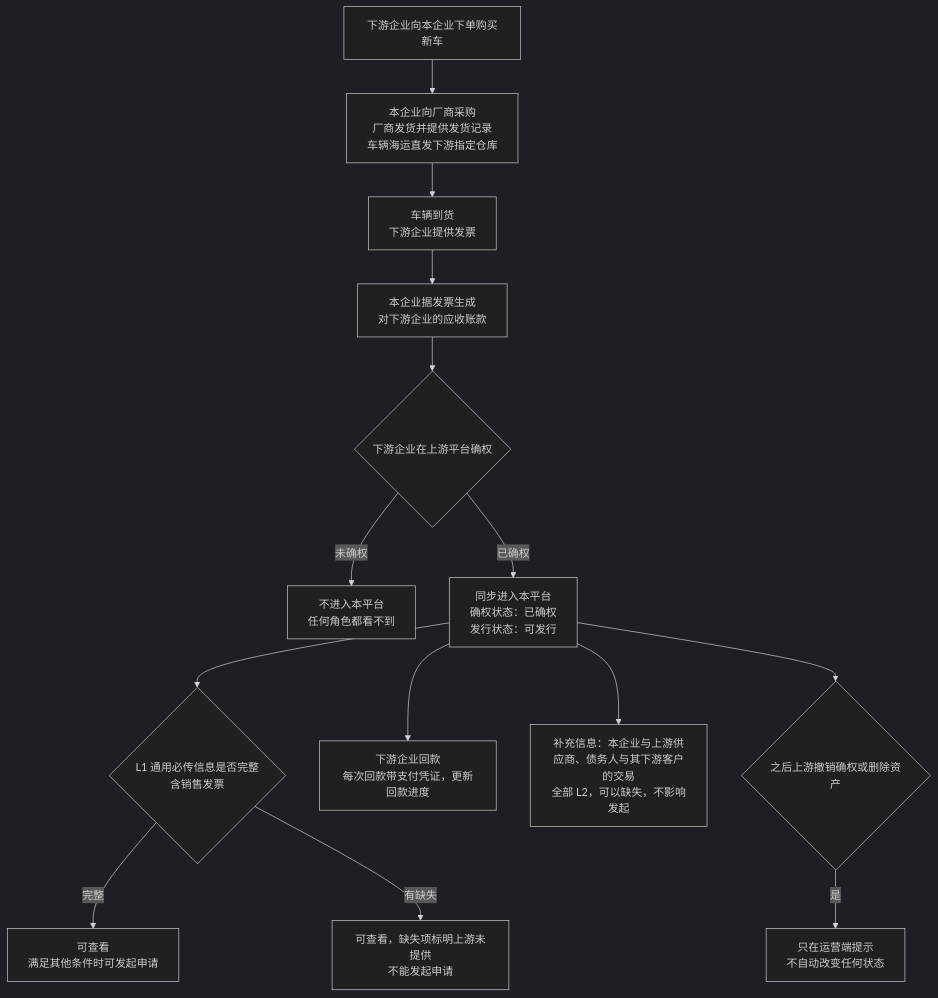
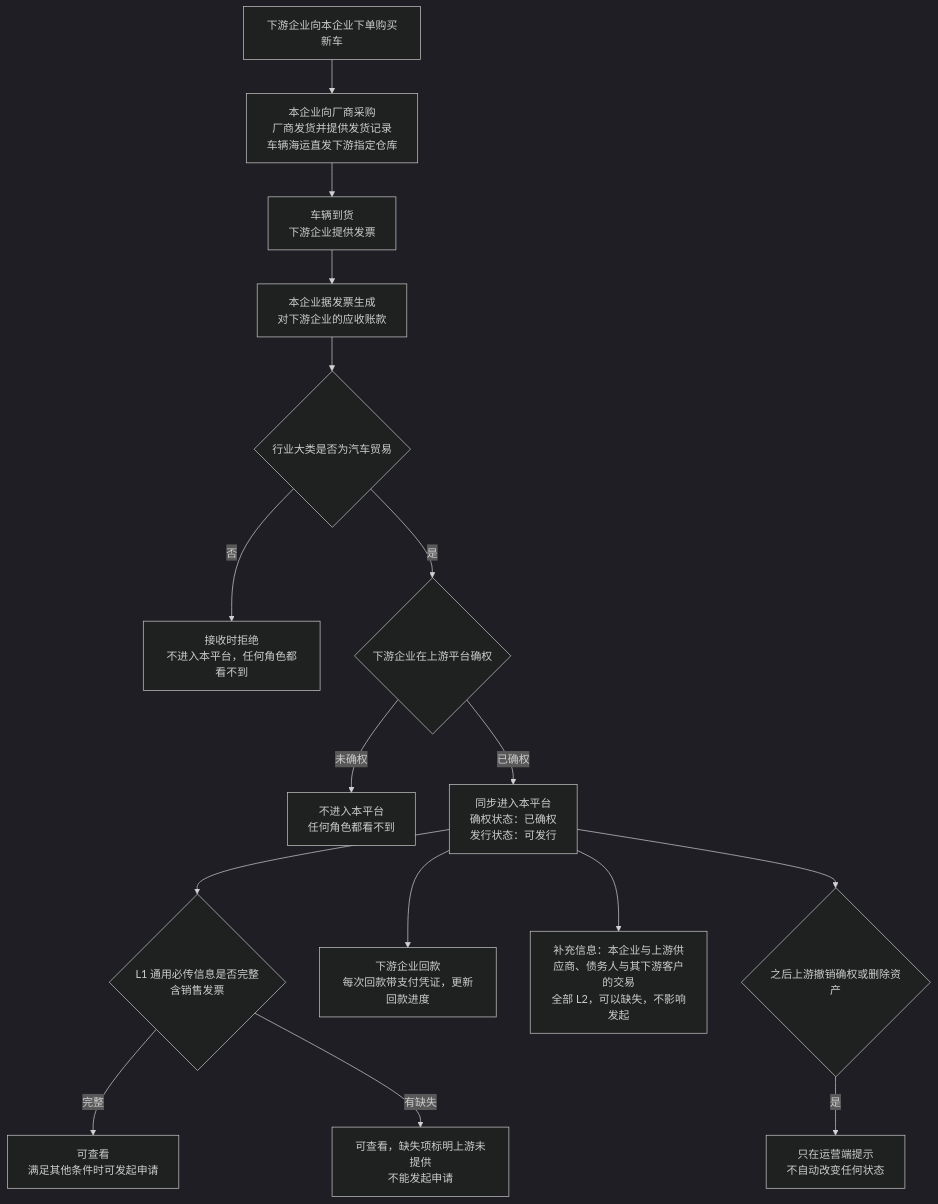
Before and after one commit to wxblockchain/Chain-Financing: the first of 6 diagrams in token-issuance-platform/PRD/两端共用/M2-可信资产/02-可信资产-流程图与状态机.md, drawn with Mermaid (dark theme). The commit also changed other lines of this file and 2 other files, not shown here.

Commit message:
prd(WS-508): tighten trusted asset boundaries

````diff
--- a/token-issuance-platform/PRD/两端共用/M2-可信资产/02-可信资产-流程图与状态机.md
+++ b/token-issuance-platform/PRD/两端共用/M2-可信资产/02-可信资产-流程图与状态机.md
@@ -18,16 +18,18 @@
 ```mermaid
 flowchart TD
     A[下游企业向本企业下单购买新车] --> B[本企业向厂商采购<br/>厂商发货并提供发货记录<br/>车辆海运直发下游指定仓库]
     B --> C[车辆到货<br/>下游企业提供发票]
     C --> D[本企业据发票生成<br/>对下游企业的应收账款]
-    D --> E{下游企业在上游平台确权}
-    E -->|未确权| F[不进入本平台<br/>任何角色都看不到]
-    E -->|已确权| G[同步进入本平台<br/>确权状态：已确权<br/>发行状态：可发行]
+    D --> E{行业大类是否为汽车贸易}
+    E -->|否| N[接收时拒绝<br/>不进入本平台，任何角色都看不到]
+    E -->|是| Q{下游企业在上游平台确权}
+    Q -->|未确权| F[不进入本平台<br/>任何角色都看不到]
+    Q -->|已确权| G[同步进入本平台<br/>确权状态：已确权<br/>发行状态：可发行]
     G --> H{L1 通用必传信息是否完整<br/>含销售发票}
     H -->|完整| I[可查看<br/>满足其他条件时可发起申请]
     H -->|有缺失| J[可查看，缺失项标明上游未提供<br/>不能发起申请]
     G --> K[下游企业回款<br/>每次回款带支付凭证，更新回款进度]
     G --> S[补充信息：本企业与上游供应商、债务人与其下游客户的交易<br/>全部 L2，可以缺失，不影响发起]
     G --> L{之后上游撤销确权或删除资产}
     L -->|是| M[只在运营端提示<br/>不自动改变任何状态]
 ```
````
